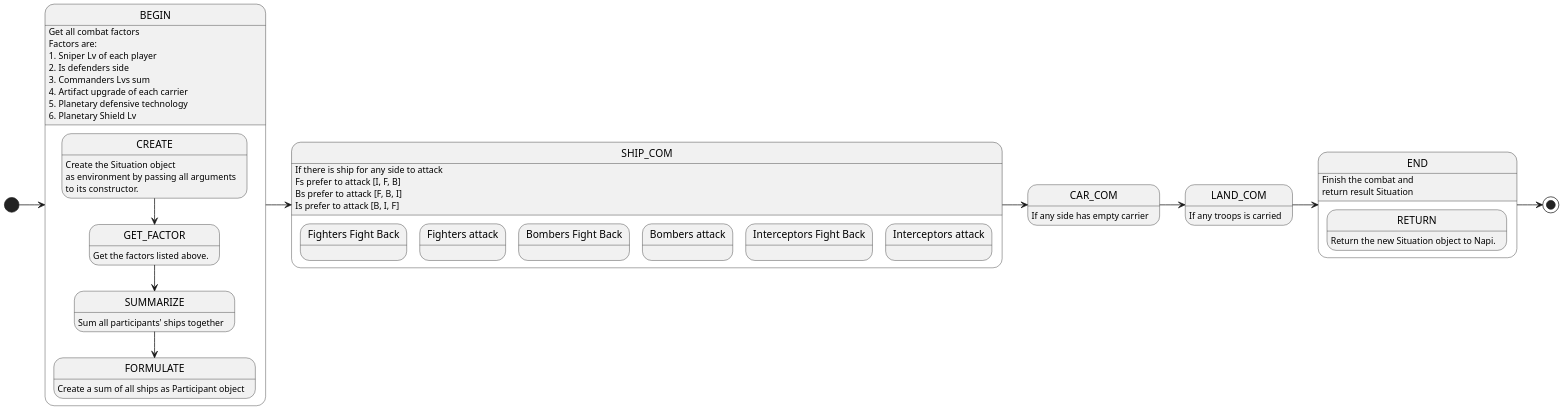
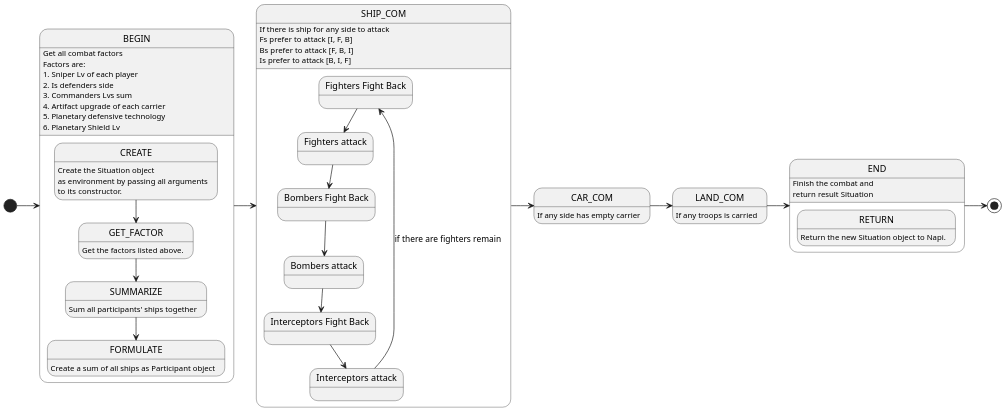
Before and after one commit to ClementLevi/GoFA-Remake: the diagram in server/src/cpp_addons/CPP_ship_combat_calc/doc/images/sources/combat_calculate_states.pu, drawn with PlantUML.

Commit message:
Merged from Pad env

```diff
--- a/server/src/cpp_addons/CPP_ship_combat_calc/doc/images/sources/combat_calculate_states.pu
+++ b/server/src/cpp_addons/CPP_ship_combat_calc/doc/images/sources/combat_calculate_states.pu
@@ -1,81 +1,86 @@
 @@startuml
 scale 1920 width
 scale 1080 height
 
 ' Pragmas
 [*] -> BEGIN
 BEGIN -> SHIP_COM
 SHIP_COM -> CAR_COM
 CAR_COM -> LAND_COM
 LAND_COM -> END
 END ->[*]
 
 ' Docs
 BEGIN: Get all combat factors
 BEGIN: Factors are:
 BEGIN: 1. Sniper Lv of each player
 BEGIN: 2. Is defenders side
 BEGIN: 3. Commanders Lvs sum
 BEGIN: 4. Artifact upgrade of each carrier
 BEGIN: 5. Planetary defensive technology
 BEGIN: 6. Planetary Shield Lv
 SHIP_COM: If there is ship for any side to attack
 SHIP_COM: Fs prefer to attack [I, F, B]
 SHIP_COM: Bs prefer to attack [F, B, I]
 SHIP_COM: Is prefer to attack [B, I, F]
 CAR_COM: If any side has empty carrier
 LAND_COM: If any troops is carried
 END: Finish the combat and\nreturn result Situation
 
 ' Details
 state BEGIN{
     ' Pragmas
     CREATE --> GET_FACTOR
     GET_FACTOR --> SUMMARIZE
     SUMMARIZE -->FORMULATE
 
     ' Docs
     CREATE: Create the Situation object
     CREATE: as environment by passing all arguments
     CREATE: to its constructor.
     GET_FACTOR: Get the factors listed above.
     SUMMARIZE: Sum all participants' ships together
     FORMULATE: Create a sum of all ships as Participant object
 }
 
 
 
 state SHIP_COM{
     ' Declarations
     state "Fighters Fight Back" as fd
     state "Fighters attack" as fa
     state "Bombers Fight Back" as bd
     state "Bombers attack" as ba
     state "Interceptors Fight Back" as id
     state "Interceptors attack" as ia
     ' Pragmas
-    
+    fd --> fa
+    fa --> bd
+    bd --> ba
+    ba --> id
+    id --> ia
+    ia --> fd : if there are fighters remain
     ' Docs
 }
 
 state CAR_COM{
     ' Pragmas
     
     ' Docs
 
 }
 
 state LAND_COM{
     ' Pragmas
     
     ' Docs
 
 }
 
 state END{
     ' Pragmas
     
     ' Docs
     RETURN: Return the new Situation object to Napi.
 }
 @@enduml
```
